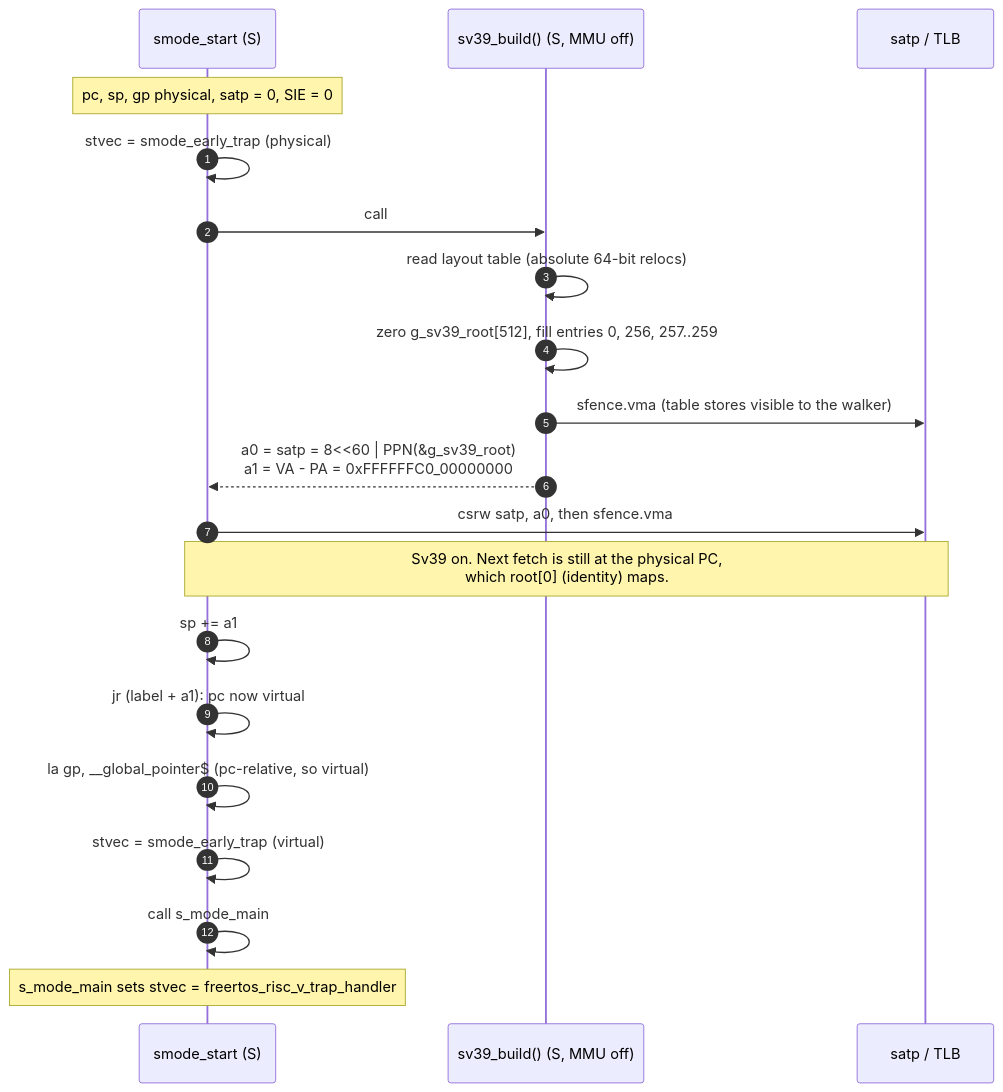
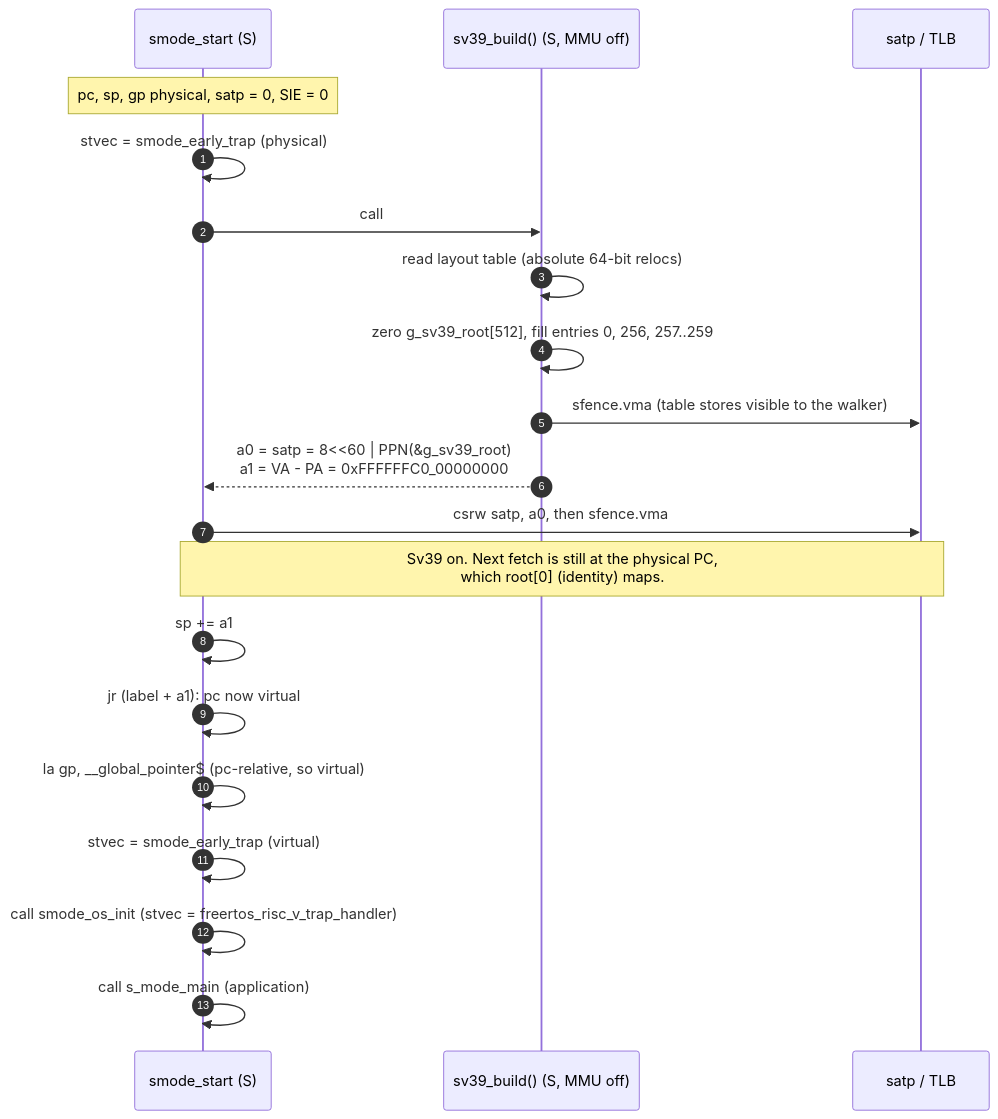
One commit to InuyashaITB/mpfs-freertos-smode changed the ninth of 12 diagrams in docs/boot-to-smode.md. Above: the diagram before and after it, drawn with Mermaid. The commit also changed other lines of this file and 37 other files, not shown here.

````diff
--- a/docs/boot-to-smode.md
+++ b/docs/boot-to-smode.md
@@ -342,23 +339,23 @@
 ```mermaid
 sequenceDiagram
     autonumber
     participant SS as smode_start (S)
     participant B as sv39_build() (S, MMU off)
     participant MMU as satp / TLB
 
     Note over SS: pc, sp, gp physical, satp = 0, SIE = 0
     SS->>SS: stvec = smode_early_trap (physical)
     SS->>B: call
     B->>B: read layout table (absolute 64-bit relocs)
     B->>B: zero g_sv39_root[512], fill entries 0, 256, 257..259
     B->>MMU: sfence.vma (table stores visible to the walker)
     B-->>SS: a0 = satp = 8<<60 | PPN(&g_sv39_root)<br/>a1 = VA - PA = 0xFFFFFFC0_00000000
     SS->>MMU: csrw satp, a0, then sfence.vma
     Note over SS,MMU: Sv39 on. Next fetch is still at the physical PC,<br/>which root[0] (identity) maps.
     SS->>SS: sp += a1
     SS->>SS: jr (label + a1): pc now virtual
     SS->>SS: la gp, __global_pointer$ (pc-relative, so virtual)
     SS->>SS: stvec = smode_early_trap (virtual)
-    SS->>SS: call s_mode_main
-    Note over SS: s_mode_main sets stvec = freertos_risc_v_trap_handler
+    SS->>SS: call smode_os_init (stvec = freertos_risc_v_trap_handler)
+    SS->>SS: call s_mode_main (application)
 ```
````
